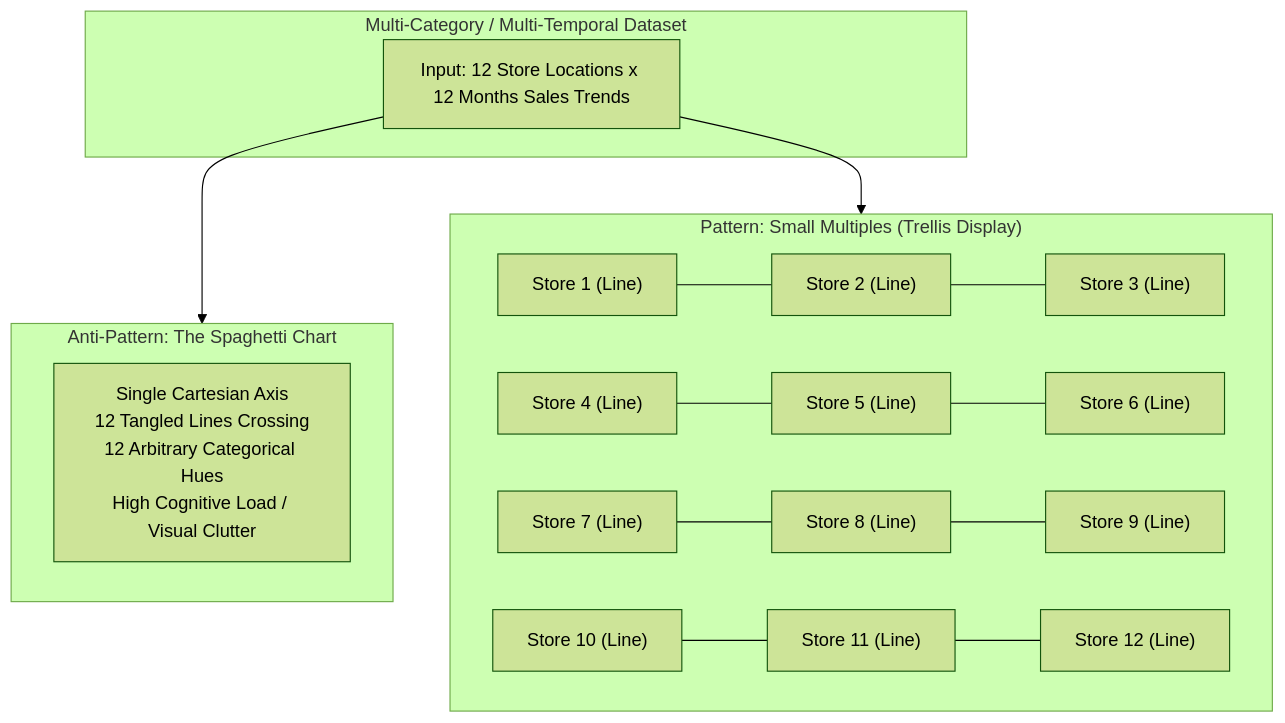
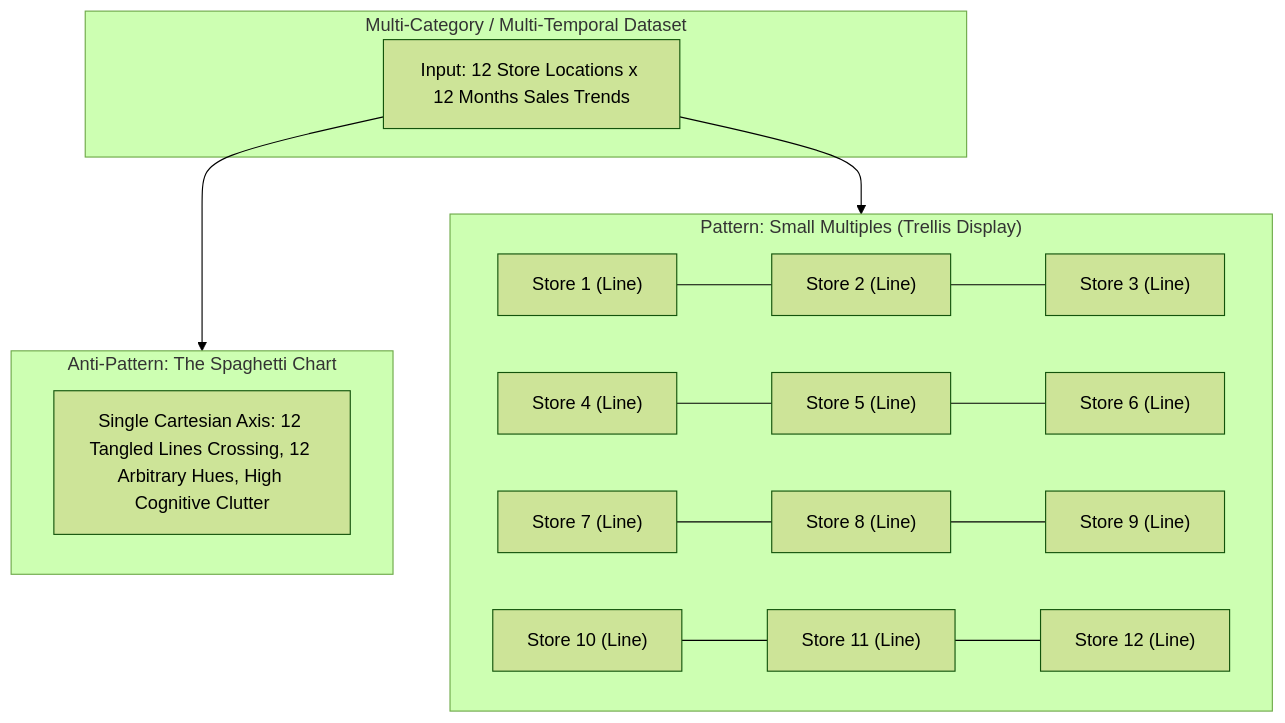
Before and after one commit to DeepLumiere/DeepSkills: the first of 18 diagrams in notes/data_analysis/Unit_5_notes.md, drawn with Mermaid (forest theme). The commit also changed other lines of this file and 56 other files, not shown here.

````diff
--- a/notes/data_analysis/Unit_5_notes.md
+++ b/notes/data_analysis/Unit_5_notes.md
@@ -71,20 +71,20 @@
 ```mermaid
 flowchart TD
     subgraph RawData ["Multi-Category / Multi-Temporal Dataset"]
         RD["Input: 12 Store Locations x 12 Months Sales Trends"]
     end
 
     subgraph FlawedApproach ["Anti-Pattern: The Spaghetti Chart"]
-        SC["Single Cartesian Axis<br/>12 Tangled Lines Crossing<br/>12 Arbitrary Categorical Hues<br/>High Cognitive Load / Visual Clutter"]
+        SC["Single Cartesian Axis: 12 Tangled Lines Crossing, 12 Arbitrary Hues, High Cognitive Clutter"]
     end
 
     subgraph EngineeredSolution ["Pattern: Small Multiples (Trellis Display)"]
         SM1["Store 1 (Line)"] --- SM2["Store 2 (Line)"] --- SM3["Store 3 (Line)"]
         SM4["Store 4 (Line)"] --- SM5["Store 5 (Line)"] --- SM6["Store 6 (Line)"]
         SM7["Store 7 (Line)"] --- SM8["Store 8 (Line)"] --- SM9["Store 9 (Line)"]
         SM10["Store 10 (Line)"] --- SM11["Store 11 (Line)"] --- SM12["Store 12 (Line)"]
     end
 
     RD --> FlawedApproach
     RD --> EngineeredSolution
 ```
````
